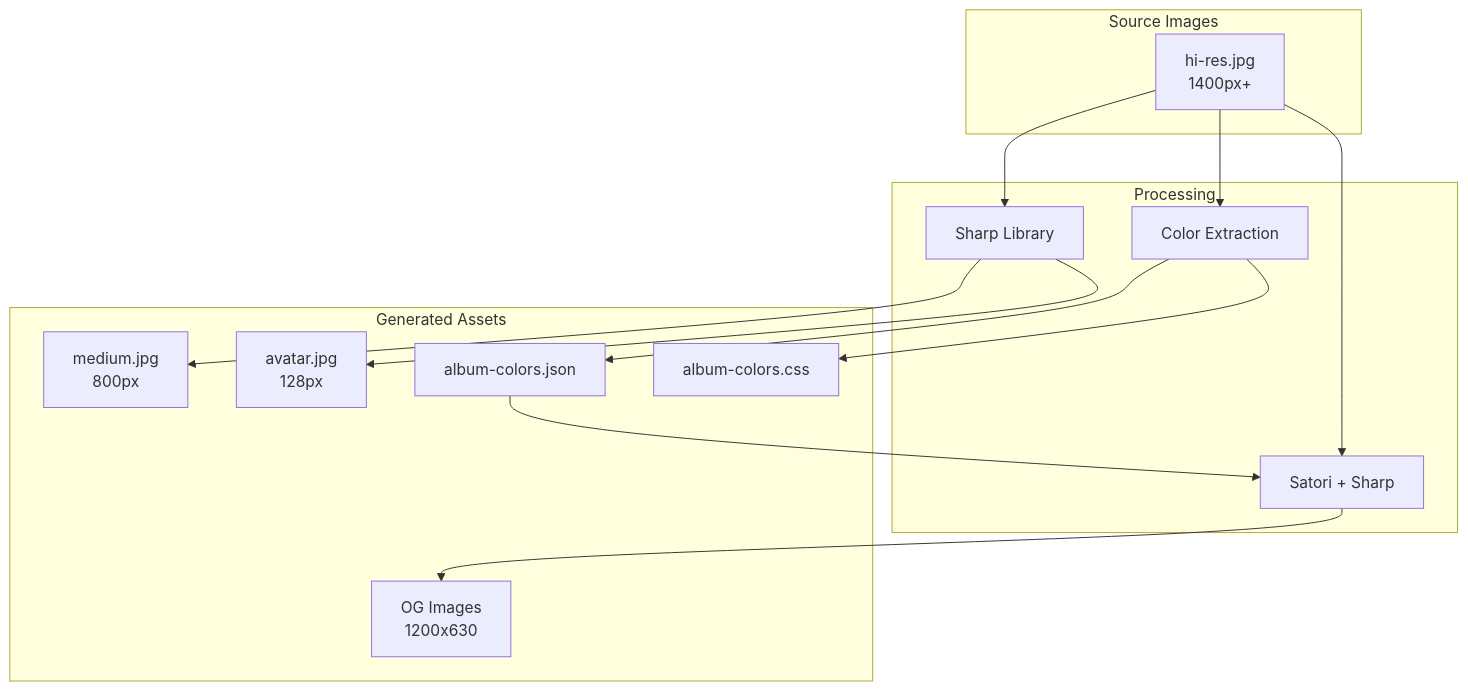
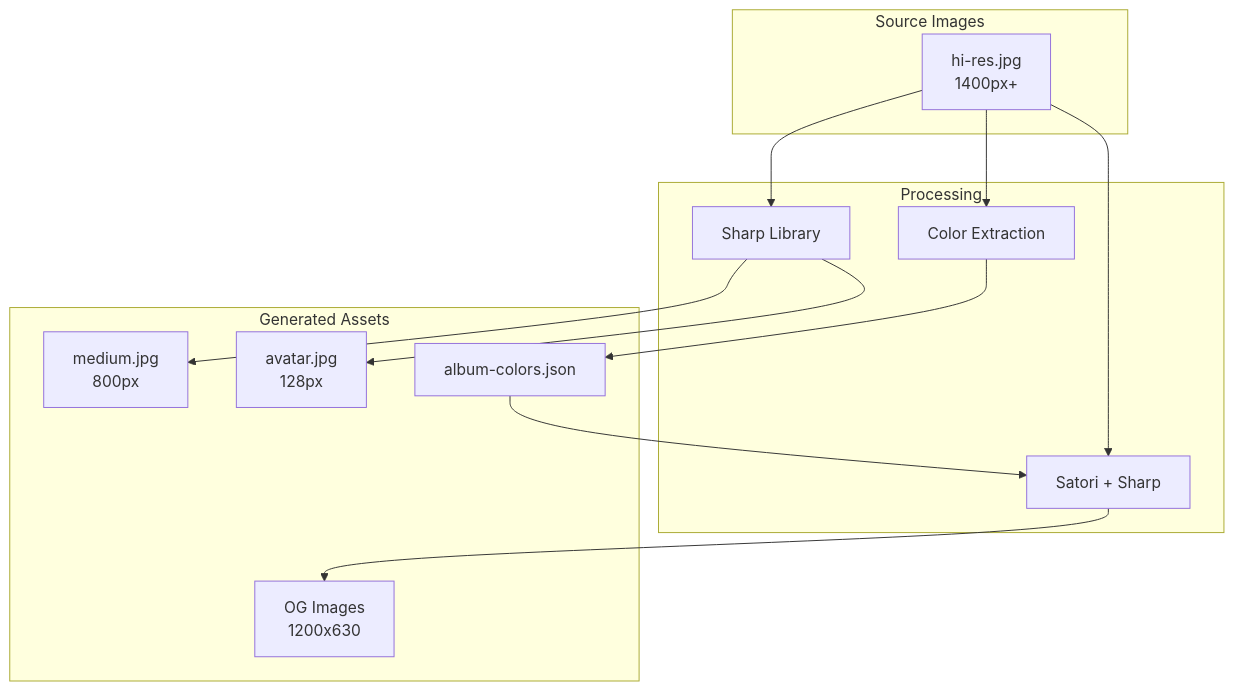
One commit to russmckendrick/russ-fm changed the second of 2 diagrams in docs/build-pipeline/README.md. Above: the diagram before and after it, drawn with Mermaid. The commit also changed other lines of this file and 14 other files, not shown here.

````diff
--- a/docs/build-pipeline/README.md
+++ b/docs/build-pipeline/README.md
@@ -179,32 +179,30 @@
 ```mermaid
 flowchart TB
     subgraph Input["Source Images"]
         HiRes[hi-res.jpg<br>1400px+]
     end
 
     subgraph Processing["Processing"]
         Sharp[Sharp Library]
         ColorExtract[Color Extraction]
         Satori[Satori + Sharp]
     end
 
     subgraph Output["Generated Assets"]
         Medium[medium.jpg<br>800px]
         Avatar[avatar.jpg<br>128px]
         Colors[album-colors.json]
-        CSS[album-colors.css]
         OGImage[OG Images<br>1200x630]
     end
 
     HiRes --> Sharp
     Sharp --> Medium
     Sharp --> Avatar
 
     HiRes --> ColorExtract
     ColorExtract --> Colors
-    ColorExtract --> CSS
 
     HiRes --> Satori
     Colors --> Satori
     Satori --> OGImage
 ```
````
